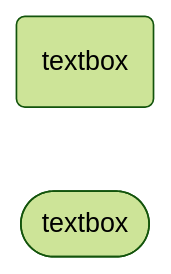
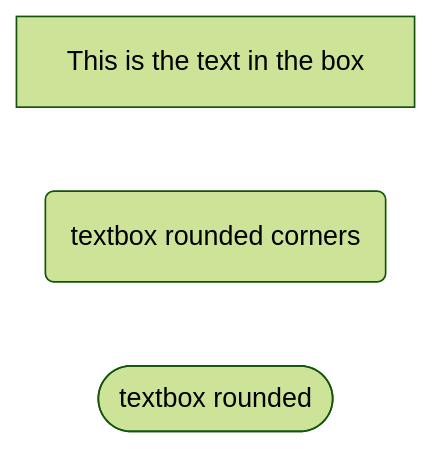
Before and after one commit to HEYROCKME/mermaidTest: the third of 3 diagrams in README.md, drawn with Mermaid.

````diff
--- a/README.md
+++ b/README.md
@@ -27,7 +27,10 @@
 ```mermaid
 %%{init: {'theme':'forest'}}%%
 flowchart LR
-textbox1(textbox)
-textbox2([textbox])
+
+textbox1[This is the text in the box]
+textbox2(textbox rounded corners)
+textbox3([textbox rounded])
+
 
 ```
````
